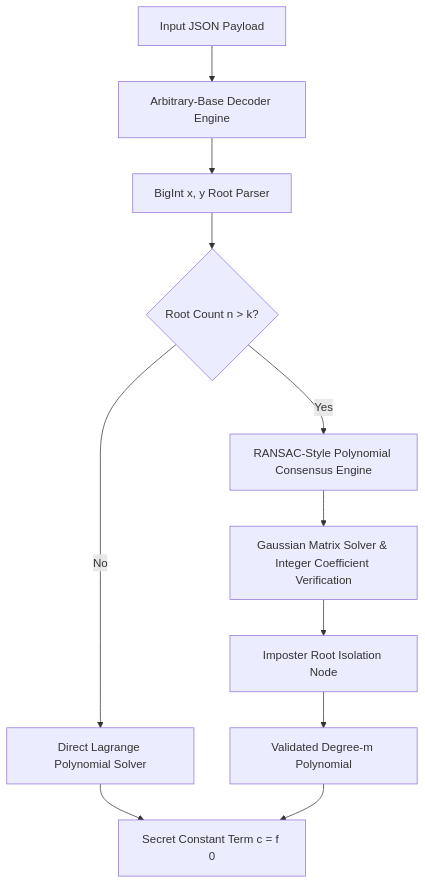
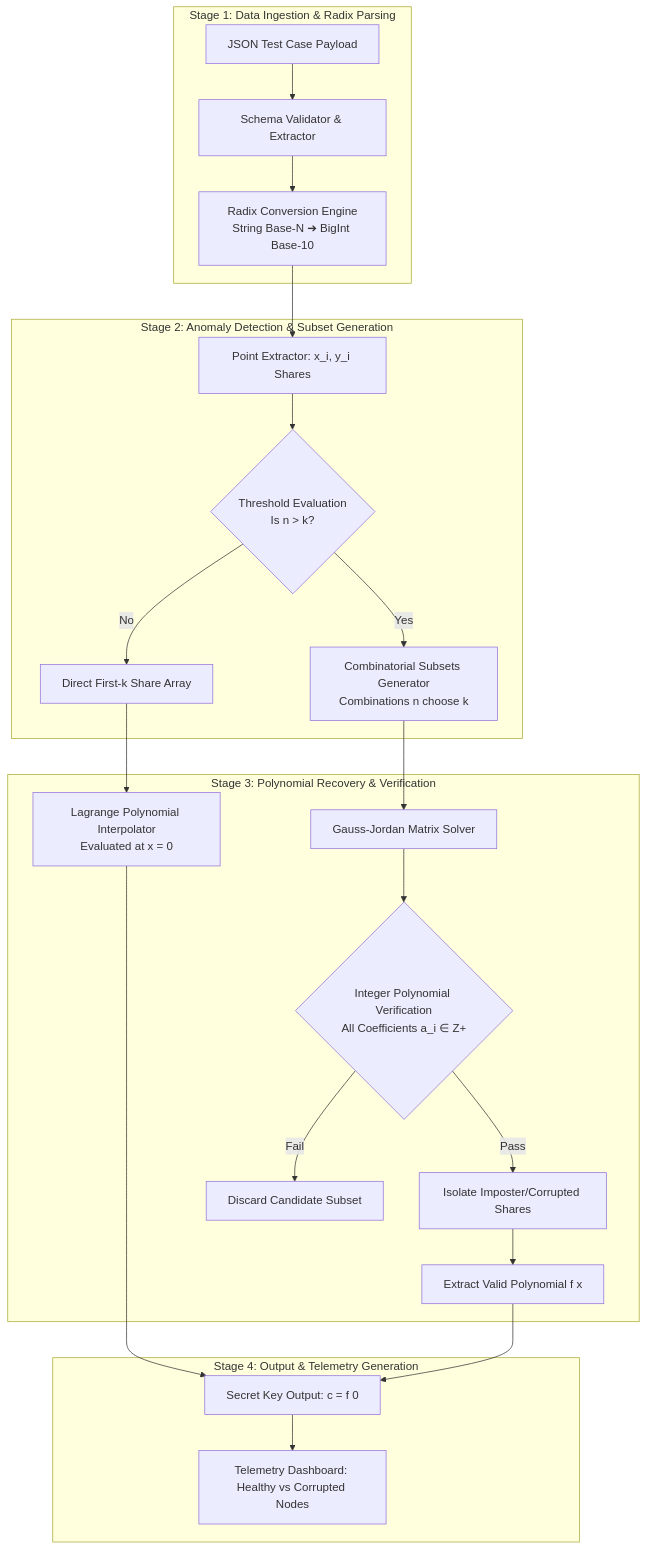
One commit to manoharchalla-in/placements-assignment changed the diagram in README.md. Above: the diagram before and after it, drawn with Mermaid. The commit also changed other lines of this file, not shown here.

Commit message:
Docs: Enhance System Architecture section with 4-tier pipeline and Mermaid flowchart

````diff
--- a/README.md
+++ b/README.md
@@ -28,13 +27,34 @@
 ```mermaid
 flowchart TD
-    A[Input JSON Payload] --> B[Arbitrary-Base Decoder Engine]
-    B --> C[BigInt x, y Root Parser]
-    C --> D{Root Count n > k?}
-    D -- No --> E[Direct Lagrange Polynomial Solver]
-    D -- Yes --> F[RANSAC-Style Polynomial Consensus Engine]
-    F --> G[Gaussian Matrix Solver & Integer Coefficient Verification]
-    G --> H[Imposter Root Isolation Node]
-    H --> I[Validated Degree-m Polynomial]
-    E --> J[Secret Constant Term c = f 0]
-    I --> J[Secret Constant Term c = f 0]
+    subgraph STAGE_1 ["Stage 1: Data Ingestion & Radix Parsing"]
+        A[JSON Test Case Payload] --> B[Schema Validator & Extractor]
+        B --> C[Radix Conversion Engine
+String Base-N ➔ BigInt Base-10]
+    end
+
+    subgraph STAGE_2 ["Stage 2: Anomaly Detection & Subset Generation"]
+        C --> D[Point Extractor: x_i, y_i Shares]
+        D --> E{Threshold Evaluation
+Is n > k?}
+        E -- No --> F[Direct First-k Share Array]
+        E -- Yes --> G[Combinatorial Subsets Generator
+Combinations n choose k]
+    end
+
+    subgraph STAGE_3 ["Stage 3: Polynomial Recovery & Verification"]
+        F --> H[Lagrange Polynomial Interpolator
+Evaluated at x = 0]
+        G --> I[Gauss-Jordan Matrix Solver]
+        I --> J{Integer Polynomial Verification
+All Coefficients a_i ∈ Z+}
+        J -- Fail --> K[Discard Candidate Subset]
+        J -- Pass --> L[Isolate Imposter/Corrupted Shares]
+        L --> M[Extract Valid Polynomial f x]
+    end
+
+    subgraph STAGE_4 ["Stage 4: Output & Telemetry Generation"]
+        H --> N[Secret Key Output: c = f 0]
+        M --> N
+        N --> O[Telemetry Dashboard: Healthy vs Corrupted Nodes]
+    end
 ```
````
